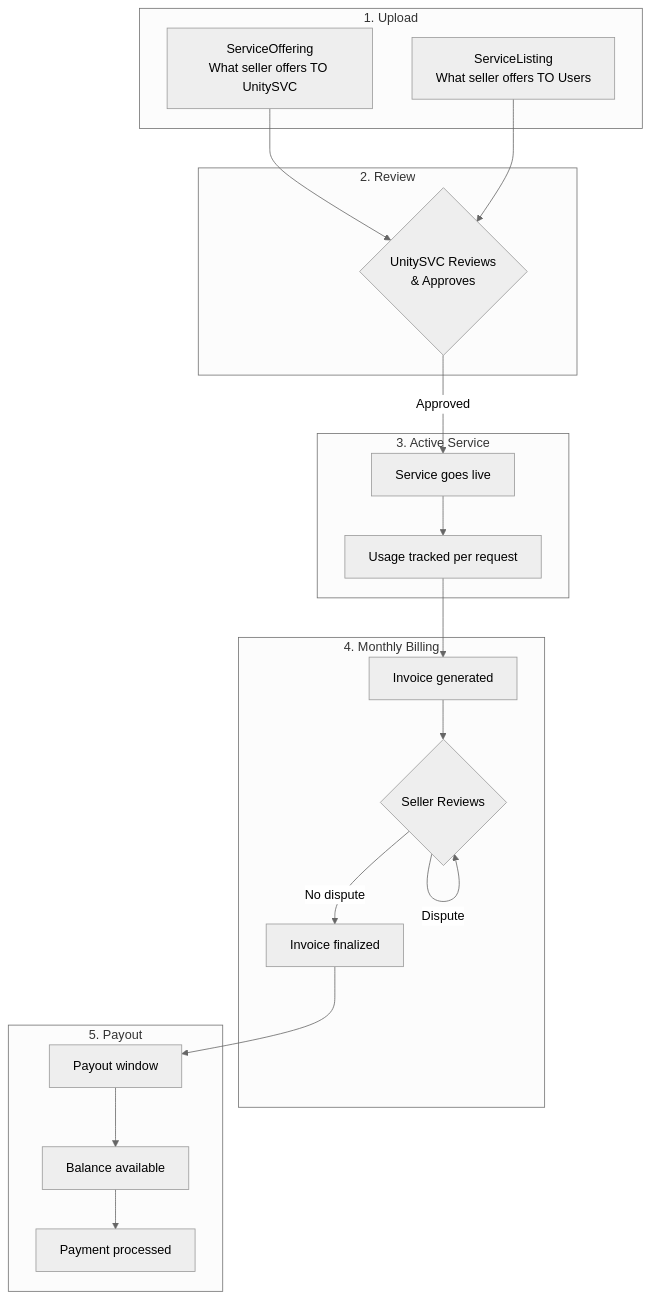
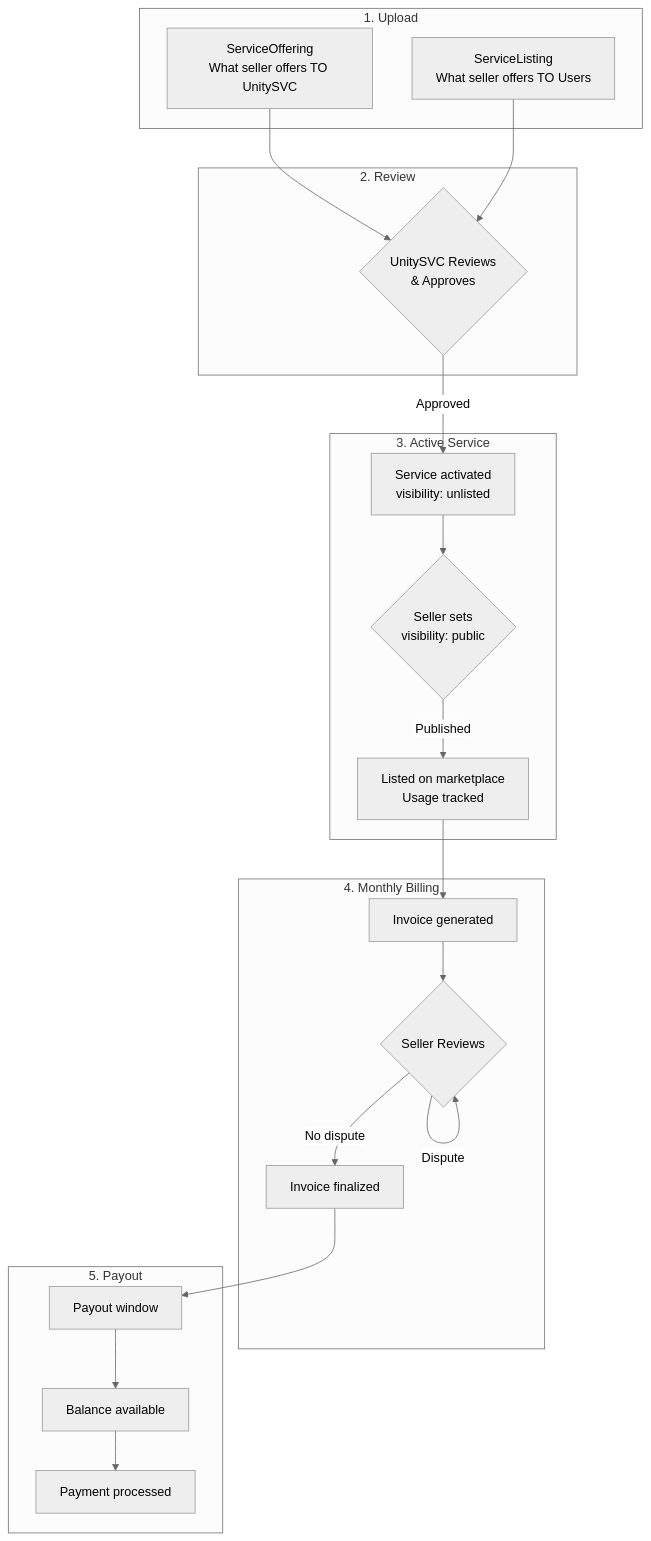
One commit to unitysvc/unitysvc-sellers changed the first of 4 diagrams in docs/seller-lifecycle.md. Above: the diagram before and after it, drawn with Mermaid (neutral theme). The commit also changed other lines of this file and 1 other file, not shown here.

First line of the commit message:
Document service visibility in seller lifecycle and workflows

````diff
--- a/docs/seller-lifecycle.md
+++ b/docs/seller-lifecycle.md
@@ -7,40 +7,42 @@
 ```mermaid
 flowchart TD
     subgraph Upload["1. Upload"]
         A[ServiceOffering<br/>What seller offers TO UnitySVC]
         B[ServiceListing<br/>What seller offers TO Users]
     end
 
     subgraph Review["2. Review"]
         C{UnitySVC Reviews<br/>& Approves}
     end
 
     subgraph Active["3. Active Service"]
-        D[Service goes live]
-        E[Usage tracked per request]
+        D[Service activated<br/>visibility: unlisted]
+        D2{Seller sets<br/>visibility: public}
+        E[Listed on marketplace<br/>Usage tracked]
     end
 
     subgraph Billing["4. Monthly Billing"]
         F[Invoice generated]
         G{Seller Reviews}
         H[Invoice finalized]
     end
 
     subgraph Payout["5. Payout"]
         I[Payout window]
         J[Balance available]
         K[Payment processed]
     end
 
     A --> C
     B --> C
     C -->|Approved| D
-    D --> E
+    D --> D2
+    D2 -->|Published| E
     E --> F
     F --> G
     G -->|No dispute| H
     G -->|Dispute| G
     H --> I
     I --> J
     J --> K
 ```
````
